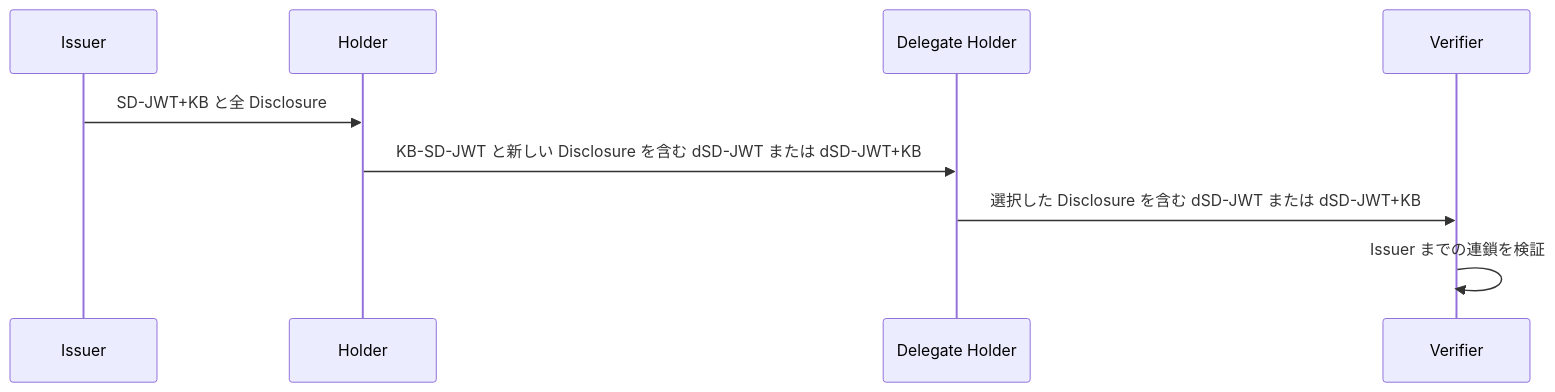
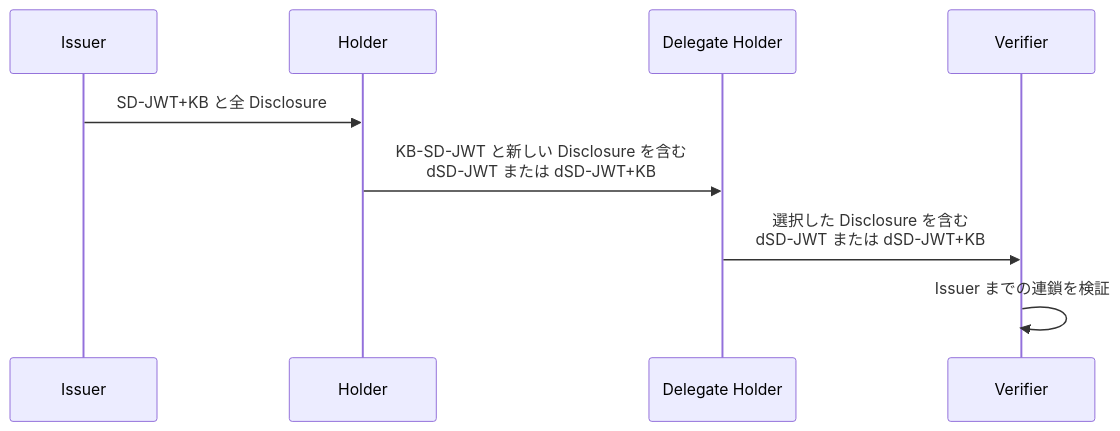
One commit to 0-draft/identity-deep-dive changed the diagram in tracks/oauth-wg/deep-dives/draft-ietf-oauth-delegate-sd-jwt/README.ja.md. Above: the diagram before and after it, drawn with Mermaid. The commit also changed 1 other file, not shown here.

Commit message:
docs(oauth-wg): break long delegate-sd-jwt diagram labels

````diff
--- a/tracks/oauth-wg/deep-dives/draft-ietf-oauth-delegate-sd-jwt/README.ja.md
+++ b/tracks/oauth-wg/deep-dives/draft-ietf-oauth-delegate-sd-jwt/README.ja.md
@@ -11,11 +11,11 @@
 ```mermaid
 sequenceDiagram
     participant I as Issuer
     participant H as Holder
     participant D as Delegate Holder
     participant V as Verifier
     I->>H: SD-JWT+KB と全 Disclosure
-    H->>D: KB-SD-JWT と新しい Disclosure を含む dSD-JWT または dSD-JWT+KB
-    D->>V: 選択した Disclosure を含む dSD-JWT または dSD-JWT+KB
+    H->>D: KB-SD-JWT と新しい Disclosure を含む<br/>dSD-JWT または dSD-JWT+KB
+    D->>V: 選択した Disclosure を含む<br/>dSD-JWT または dSD-JWT+KB
     V->>V: Issuer までの連鎖を検証
 ```
````
